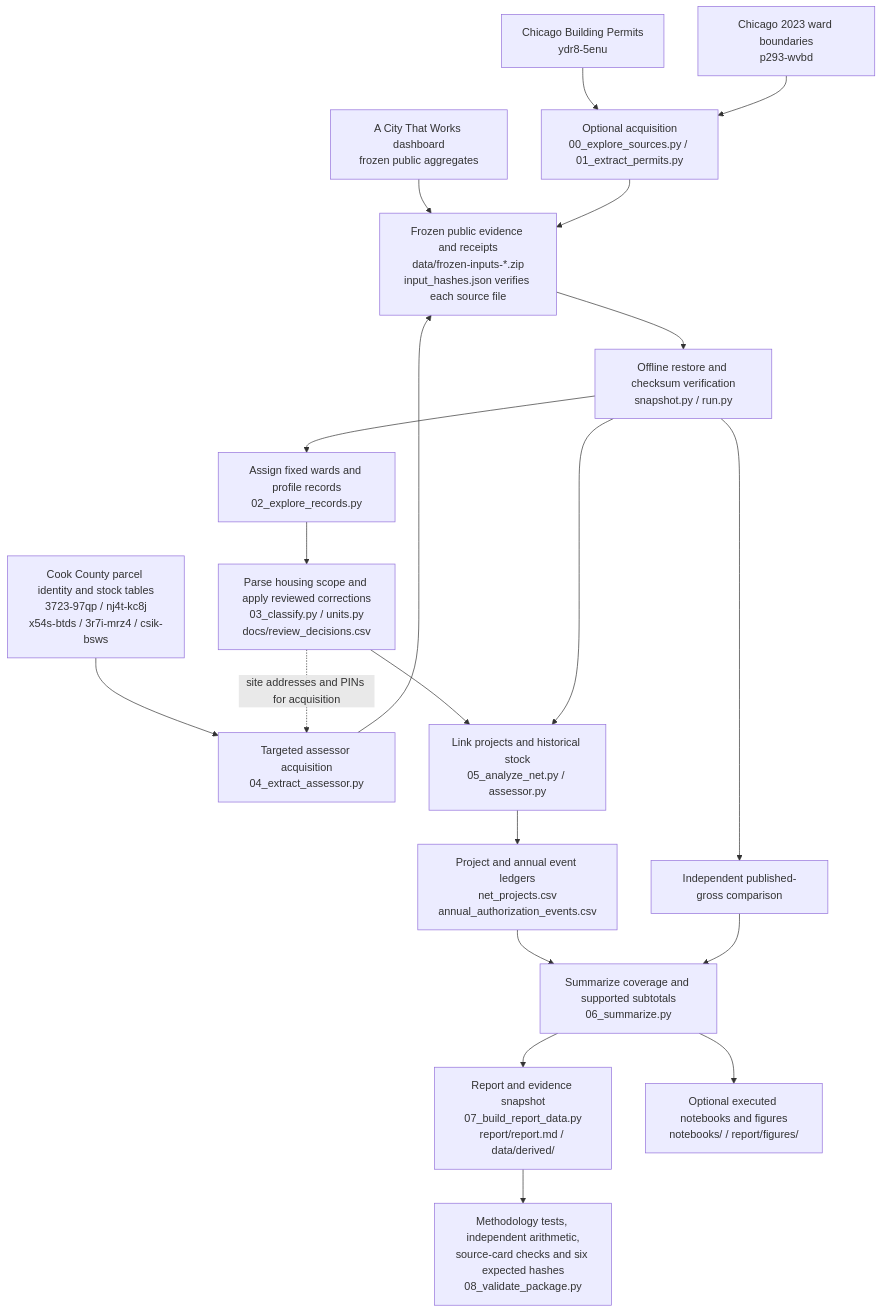
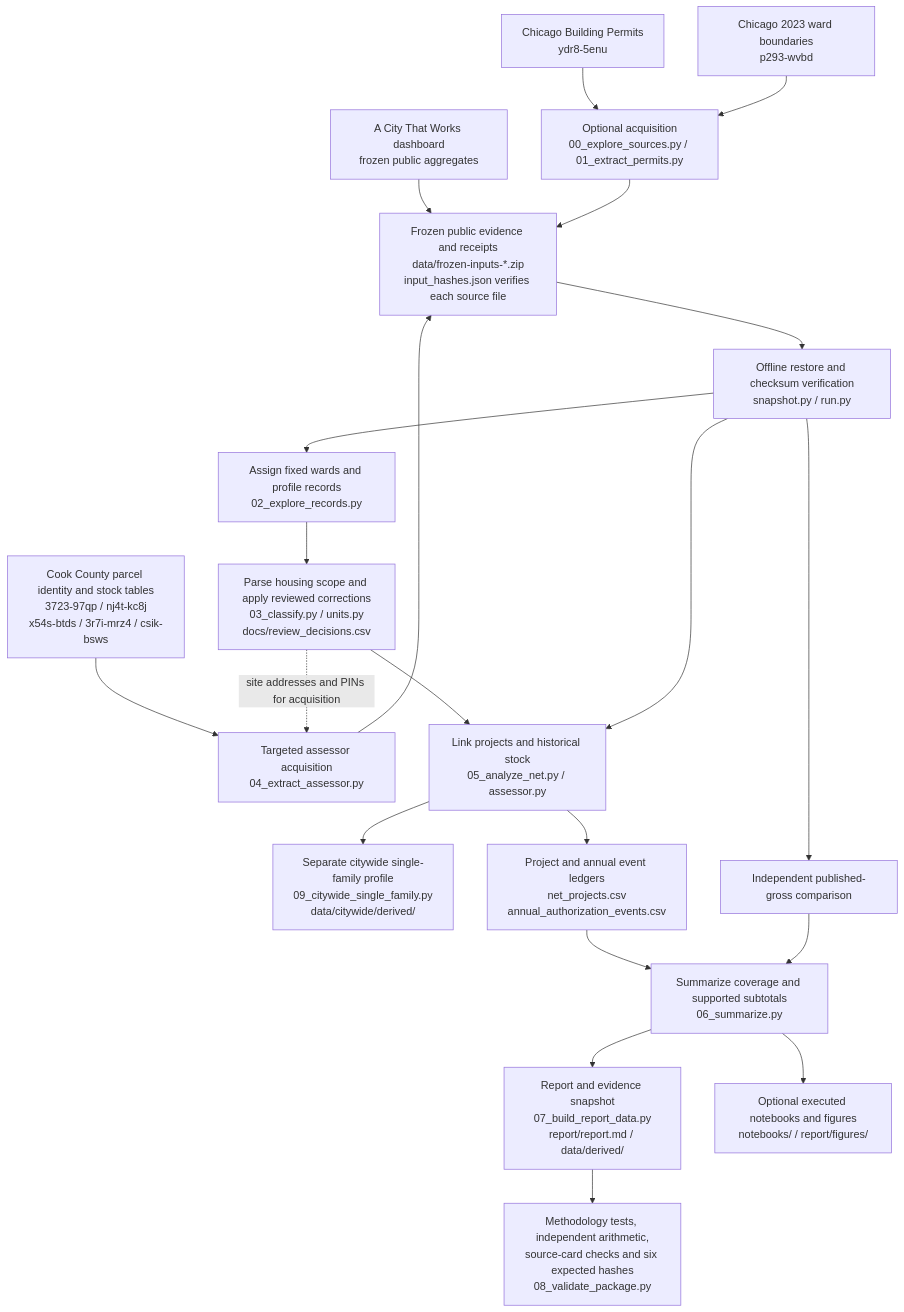
Before and after one commit to MisterClean/chicago-net-permit-calculation: the first of 2 diagrams in README.md, drawn with Mermaid. The commit also changed other lines of this file and 74 other files, not shown here.

Commit message:
Correct construction scope and add reproducible citywide single-family analysis

````diff
--- a/README.md
+++ b/README.md
@@ -24,22 +24,23 @@
 ```mermaid
 flowchart TD
     P["Chicago Building Permits<br/>ydr8-5enu"] --> A["Optional acquisition<br/>00_explore_sources.py / 01_extract_permits.py"]
     W["Chicago 2023 ward boundaries<br/>p293-wvbd"] --> A
     C["Cook County parcel identity and stock tables<br/>3723-97qp / nj4t-kc8j<br/>x54s-btds / 3r7i-mrz4 / csik-bsws"] --> CA["Targeted assessor acquisition<br/>04_extract_assessor.py"]
     D["A City That Works dashboard<br/>frozen public aggregates"] --> F
     A --> F["Frozen public evidence and receipts<br/>data/frozen-inputs-*.zip<br/>input_hashes.json verifies each source file"]
     CA --> F
     F --> R["Offline restore and checksum verification<br/>snapshot.py / run.py"]
     R --> G["Assign fixed wards and profile records<br/>02_explore_records.py"]
     G --> S["Parse housing scope and apply reviewed corrections<br/>03_classify.py / units.py<br/>docs/review_decisions.csv"]
     S -. "site addresses and PINs for acquisition" .-> CA
     S --> N["Link projects and historical stock<br/>05_analyze_net.py / assessor.py"]
     R --> N
+    N --> CS["Separate citywide single-family profile<br/>09_citywide_single_family.py<br/>data/citywide/derived/"]
     N --> L["Project and annual event ledgers<br/>net_projects.csv<br/>annual_authorization_events.csv"]
     R --> B["Independent published-gross comparison"]
     L --> T["Summarize coverage and supported subtotals<br/>06_summarize.py"]
     B --> T
     T --> O["Report and evidence snapshot<br/>07_build_report_data.py<br/>report/report.md / data/derived/"]
     T --> NB["Optional executed notebooks and figures<br/>notebooks/ / report/figures/"]
     O --> V["Methodology tests, independent arithmetic,<br/>source-card checks and six expected hashes<br/>08_validate_package.py"]
 ```
````
